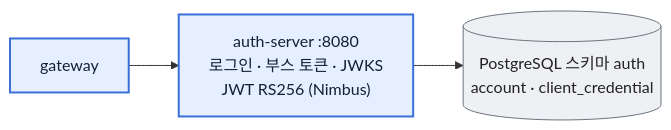
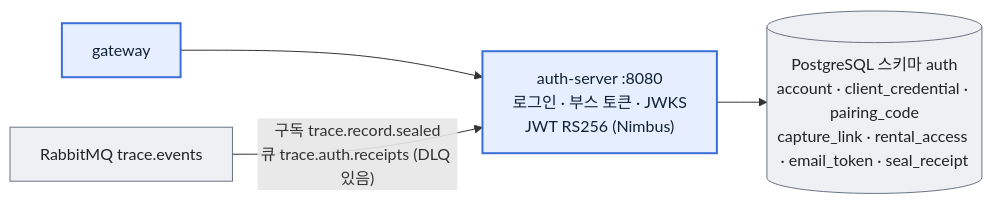
The third of 10 diagrams in mvp/02-services.md (GAKDO/docs), drawn with Mermaid before and after one commit. The commit also changed other lines of this file and 28 other files, not shown here.

First line of the commit message:
docs: 11/8 전체 점검 — 요구사항 구현 감사표, ERD 35개 테이블, 아키텍처·API 문서를 코드에 맞춤 (#17)

````diff
--- a/mvp/02-services.md
+++ b/mvp/02-services.md
@@ -71,7 +78,8 @@
 ```mermaid
 flowchart LR
   classDef nophoto fill:#e6efff,stroke:#3b6fd8,stroke-width:2px,color:#123
   classDef infra fill:#eef0f3,stroke:#6b7480,color:#222
   gw["gateway"]:::nophoto --> a["auth-server :8080<br/>로그인 · 부스 토큰 · JWKS<br/>JWT RS256 (Nimbus)"]:::nophoto
-  a --> pg[("PostgreSQL 스키마 auth<br/>account · client_credential")]:::infra
+  a --> pg[("PostgreSQL 스키마 auth<br/>account · client_credential · pairing_code<br/>capture_link · rental_access · email_token · seal_receipt")]:::infra
+  mq["RabbitMQ trace.events"]:::infra -->|"구독 trace.record.sealed<br/>큐 trace.auth.receipts (DLQ 있음)"| a
 ```
````
